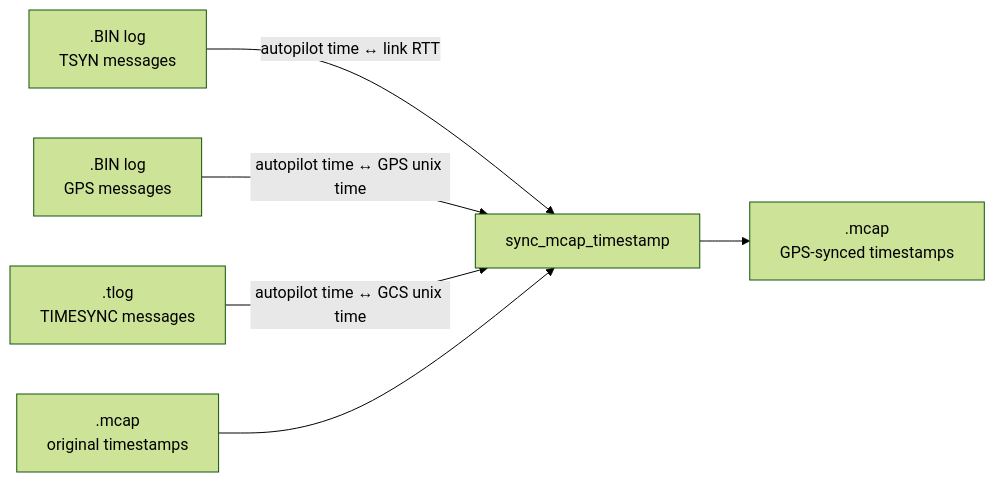
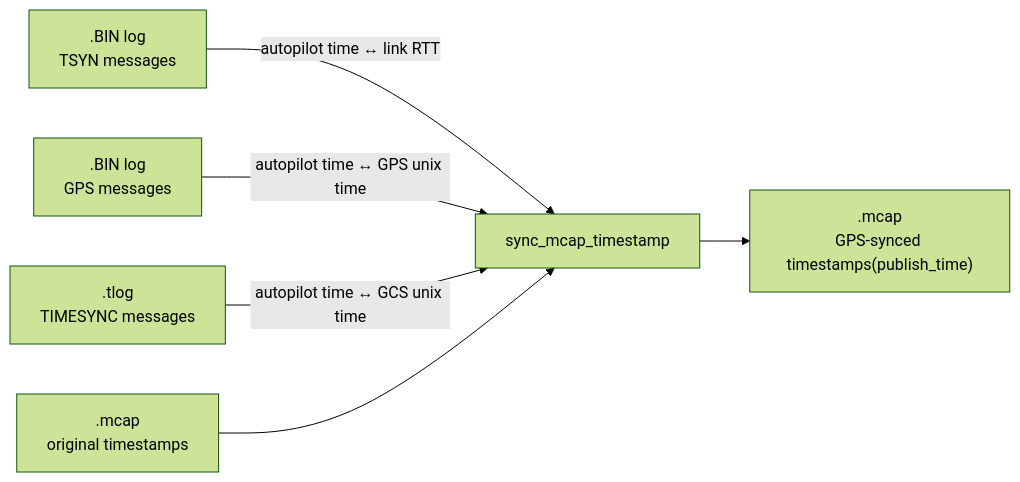
The diagram in README.md (Jair-F/ardupilot_log_timesync), drawn with Mermaid (forest theme) before and after one commit. The commit also changed other lines of this file, not shown here.

````diff
--- a/README.md
+++ b/README.md
@@ -19,8 +20,8 @@
 ```mermaid
 flowchart LR
     A[".BIN log\nTSYN messages"] -->|autopilot time ↔ link RTT| D[sync_mcap_timestamp]
     B[".BIN log\nGPS messages"] -->|autopilot time ↔ GPS unix time| D
     C[".tlog\nTIMESYNC messages"] -->|autopilot time ↔ GCS unix time| D
     E[".mcap\noriginal timestamps"] --> D
-    D --> F[".mcap\nGPS-synced timestamps"]
+    D --> F[".mcap\nGPS-synced timestamps(publish_time)"]
 ```
````
